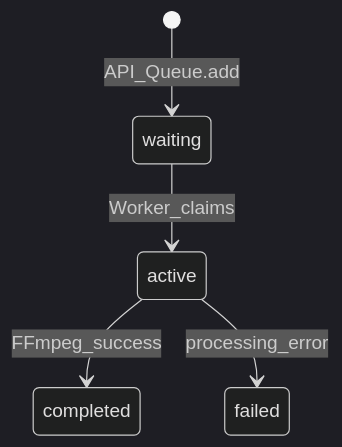
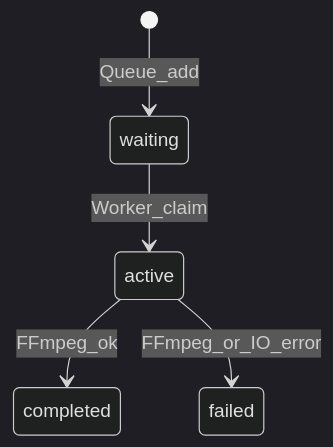
The sixth of 6 diagrams in README.md (Shivanshsri15/VideoProcessing), drawn with Mermaid (dark theme) before and after one commit. The commit also changed other lines of this file and 1 other file, not shown here.

````diff
--- a/README.md
+++ b/README.md
@@ -579,7 +320,7 @@
 ```mermaid
 stateDiagram-v2
-  [*] --> waiting: API_Queue.add
-  waiting --> active: Worker_claims
-  active --> completed: FFmpeg_success
-  active --> failed: processing_error
+  [*] --> waiting: Queue_add
+  waiting --> active: Worker_claim
+  active --> completed: FFmpeg_ok
+  active --> failed: FFmpeg_or_IO_error
 ```
````
